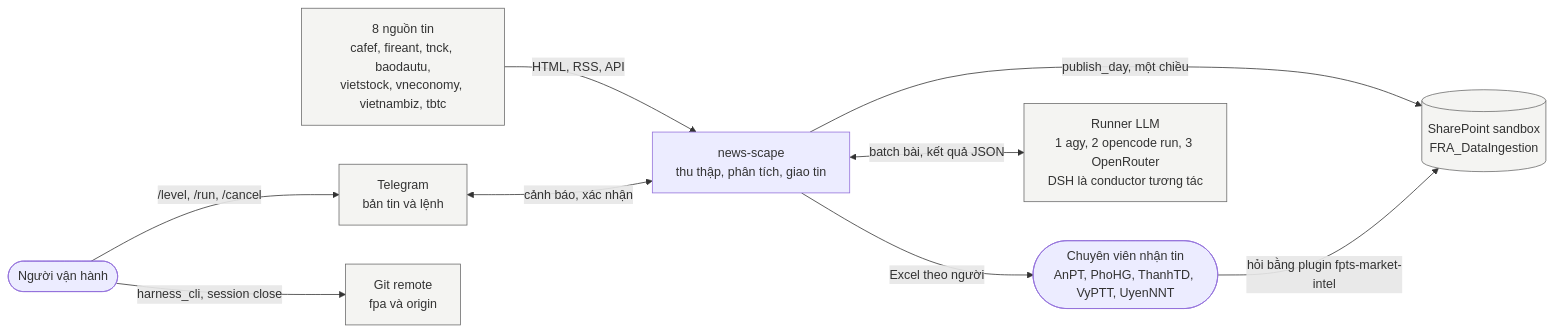
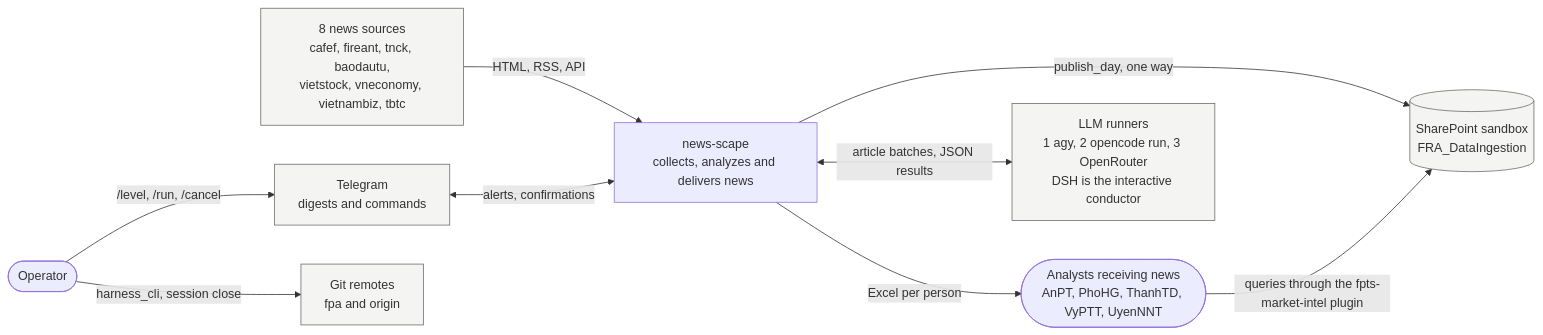
The diagram in project/docs/diagrams/00-context.mmd (Tuanan172-py/fts-news-scape), drawn with Mermaid before and after one commit. The commit also changed 33 other files, not shown here.

Commit message:
feat: standardize offline workflow diagrams to English, add skills council proposal and wave automation scripts (US-048)

```diff
--- a/project/docs/diagrams/00-context.mmd
+++ b/project/docs/diagrams/00-context.mmd
@@ -1,22 +1,22 @@
-%% title: Ngữ cảnh hệ thống (C4 mức 1)
-%% desc: Ai và hệ thống ngoài nào tương tác với news-scape.
+%% title: System context (C4 level 1)
+%% desc: The people and external systems that interact with news-scape.
 flowchart LR
-  OP(["Người vận hành"])
-  AN(["Chuyên viên nhận tin<br/>AnPT, PhoHG, ThanhTD, VyPTT, UyenNNT"])
-  SRC["8 nguồn tin<br/>cafef, fireant, tnck, baodautu,<br/>vietstock, vneconomy, vietnambiz, tbtc"]
-  SYS["news-scape<br/>thu thập, phân tích, giao tin"]
-  LLM["Runner LLM<br/>1 agy, 2 opencode run, 3 OpenRouter<br/>DSH là conductor tương tác"]
+  OP(["Operator"])
+  AN(["Analysts receiving news<br/>AnPT, PhoHG, ThanhTD, VyPTT, UyenNNT"])
+  SRC["8 news sources<br/>cafef, fireant, tnck, baodautu,<br/>vietstock, vneconomy, vietnambiz, tbtc"]
+  SYS["news-scape<br/>collects, analyzes and delivers news"]
+  LLM["LLM runners<br/>1 agy, 2 opencode run, 3 OpenRouter<br/>DSH is the interactive conductor"]
   SP[("SharePoint sandbox<br/>FRA_DataIngestion")]
-  TG["Telegram<br/>bản tin và lệnh"]
-  GH["Git remote<br/>fpa và origin"]
+  TG["Telegram<br/>digests and commands"]
+  GH["Git remotes<br/>fpa and origin"]
 
   SRC -->|"HTML, RSS, API"| SYS
-  SYS <-->|"batch bài, kết quả JSON"| LLM
-  SYS -->|"publish_day, một chiều"| SP
-  SYS -->|"Excel theo người"| AN
-  AN -->|"hỏi bằng plugin fpts-market-intel"| SP
+  SYS <-->|"article batches, JSON results"| LLM
+  SYS -->|"publish_day, one way"| SP
+  SYS -->|"Excel per person"| AN
+  AN -->|"queries through the fpts-market-intel plugin"| SP
   OP -->|"/level, /run, /cancel"| TG
-  TG <-->|"cảnh báo, xác nhận"| SYS
+  TG <-->|"alerts, confirmations"| SYS
   OP -->|"harness_cli, session close"| GH
   classDef ext fill:#f4f4f2,stroke:#6b6b6b
   class SRC,LLM,SP,TG,GH ext
```
